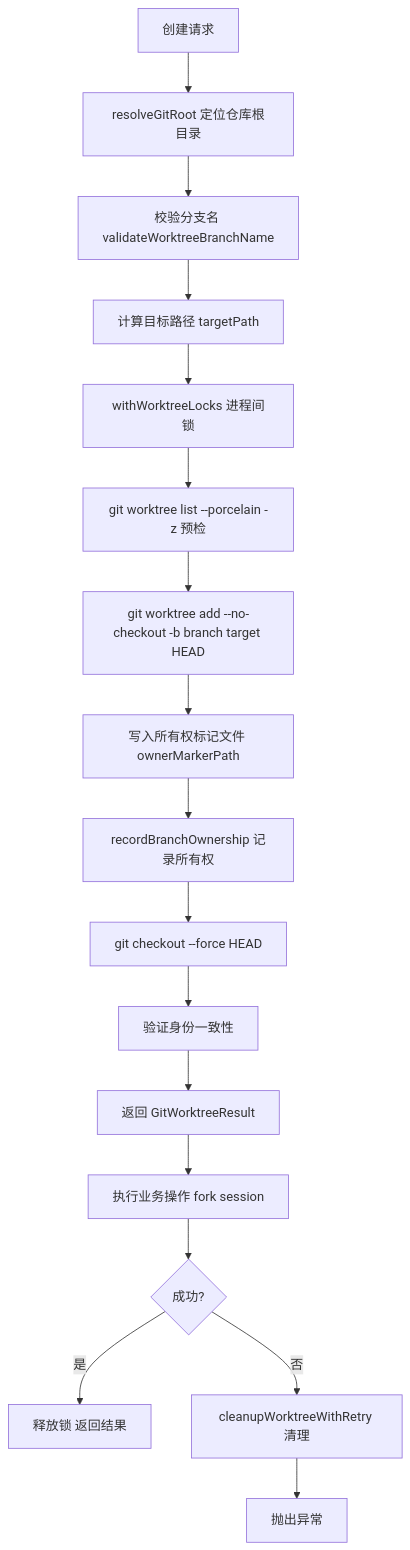
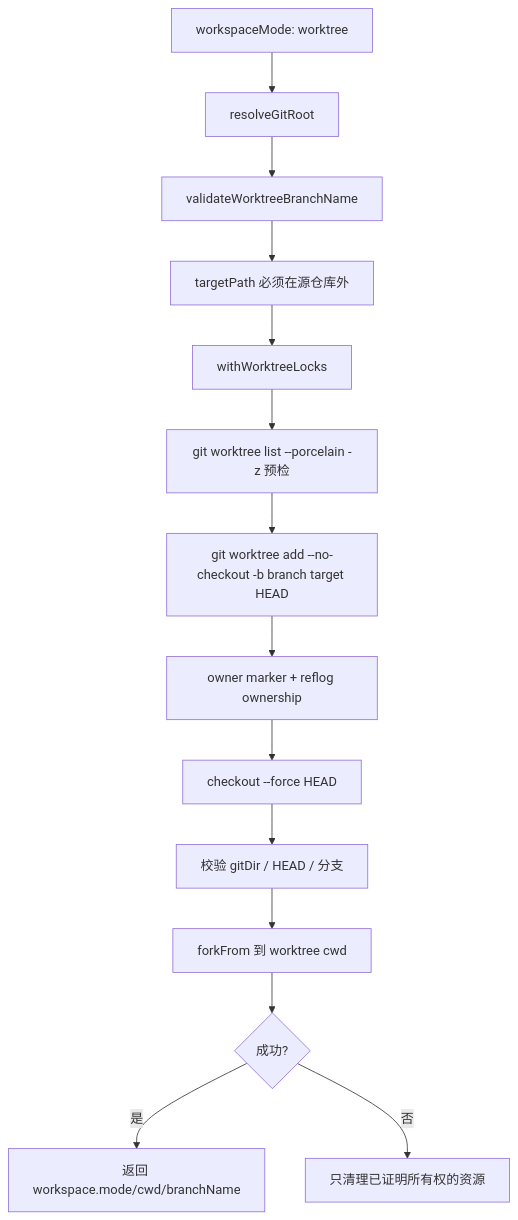
One commit to Chasen-Liao/pi-agent-desktop changed the second of 2 diagrams in .zread/wiki/versions/2026-10-06-001245/14-san-chong-fen-zhi-ji-zhi-fork-hui-hua-nei-fen-zhi-git-worktree-clone.md. Above: the diagram before and after it, drawn with Mermaid. The commit also changed other lines of this file and 29 other files, not shown here.

First line of the commit message:
docs(wiki): align zread wiki with main architecture

````diff
--- a/.zread/wiki/versions/2026-10-06-001245/14-san-chong-fen-zhi-ji-zhi-fork-hui-hua-nei-fen-zhi-git-worktree-clone.md
+++ b/.zread/wiki/versions/2026-10-06-001245/14-san-chong-fen-zhi-ji-zhi-fork-hui-hua-nei-fen-zhi-git-worktree-clone.md
@@ -172,19 +163,16 @@
 ```mermaid
 flowchart TD
-    A[创建请求] --> B[resolveGitRoot 定位仓库根目录]
-    B --> C[校验分支名 validateWorktreeBranchName]
-    C --> D[计算目标路径 targetPath]
-    D --> E[withWorktreeLocks 进程间锁]
+    A[workspaceMode: worktree] --> B[resolveGitRoot]
+    B --> C[validateWorktreeBranchName]
+    C --> D[targetPath 必须在源仓库外]
+    D --> E[withWorktreeLocks]
     E --> F[git worktree list --porcelain -z 预检]
-    F --> G[git worktree add --no-checkout -b branch target HEAD]
-    G --> H[写入所有权标记文件 ownerMarkerPath]
-    H --> I[recordBranchOwnership 记录所有权]
-    I --> J[git checkout --force HEAD]
-    J --> K[验证身份一致性]
-    K --> L[返回 GitWorktreeResult]
-    L --> M[执行业务操作 fork session]
-    M --> N{成功?}
-    N -- 是 --> O[释放锁 返回结果]
-    N -- 否 --> P[cleanupWorktreeWithRetry 清理]
-    P --> Q[抛出异常]
+    F --> G["git worktree add --no-checkout -b branch target HEAD"]
+    G --> H[owner marker + reflog ownership]
+    H --> I[checkout --force HEAD]
+    I --> J[校验 gitDir / HEAD / 分支]
+    J --> K[forkFrom 到 worktree cwd]
+    K --> L{成功?}
+    L -- 是 --> M[返回 workspace.mode/cwd/branchName]
+    L -- 否 --> N[只清理已证明所有权的资源]
 ```
````
